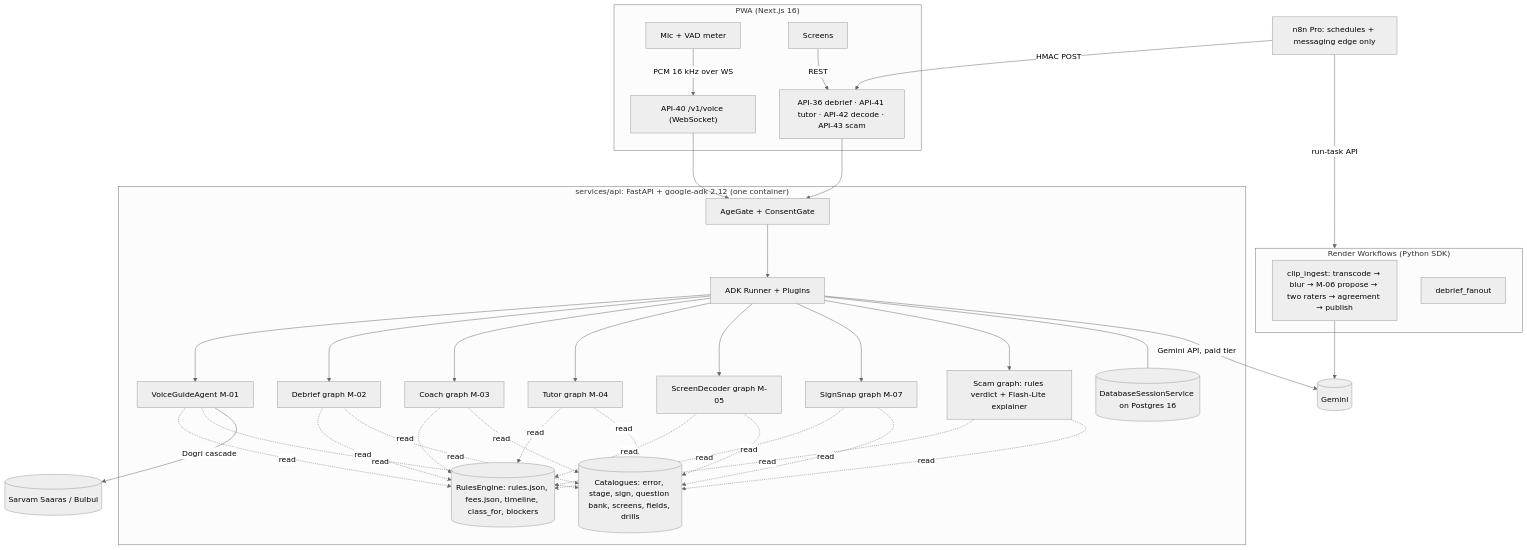
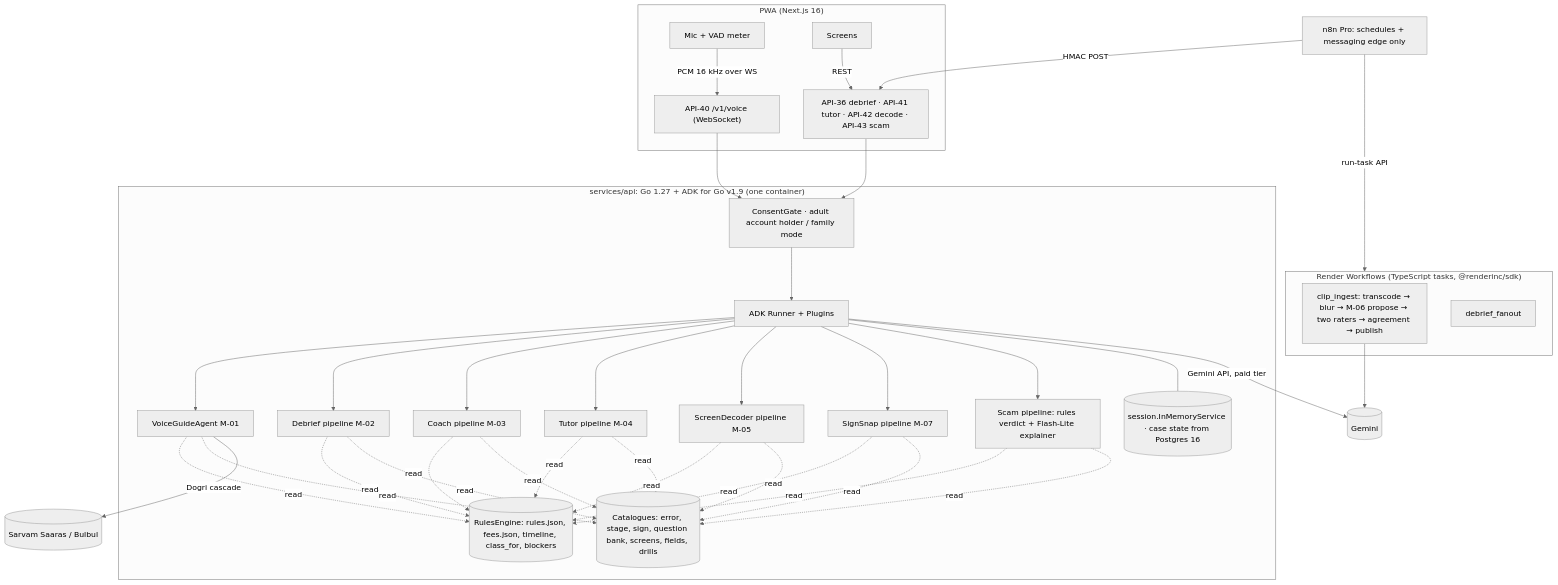
One commit to sruj08/margadarshak changed the first of 4 diagrams in docs/04-ai/AGENTS.md. Above: the diagram before and after it, drawn with Mermaid (neutral theme). The commit also changed other lines of this file and 1326 other files, not shown here.

````diff
--- a/docs/04-ai/AGENTS.md
+++ b/docs/04-ai/AGENTS.md
@@ -33,37 +36,37 @@
 ```mermaid
 flowchart TB
   subgraph Client["PWA (Next.js 16)"]
     MIC[Mic + VAD meter] -->|PCM 16 kHz over WS| WS
     UI[Screens] -->|REST| REST
   end
-  subgraph API["services/api: FastAPI + google-adk 2.12 (one container)"]
+  subgraph API["services/api: Go 1.27 + ADK for Go v1.9 (one container)"]
     WS["API-40 /v1/voice (WebSocket)"]
     REST["API-36 debrief · API-41 tutor · API-42 decode · API-43 scam"]
-    AG[AgeGate + ConsentGate]
+    AG[ConsentGate · adult account holder / family mode]
     WS --> AG
     REST --> AG
     AG --> RUN[ADK Runner + Plugins]
     RUN --> VG[VoiceGuideAgent M-01]
-    RUN --> DG[Debrief graph M-02]
-    RUN --> CG[Coach graph M-03]
-    RUN --> TG[Tutor graph M-04]
-    RUN --> SD[ScreenDecoder graph M-05]
-    RUN --> SS[SignSnap graph M-07]
-    RUN --> SC[Scam graph: rules verdict + Flash-Lite explainer]
+    RUN --> DG[Debrief pipeline M-02]
+    RUN --> CG[Coach pipeline M-03]
+    RUN --> TG[Tutor pipeline M-04]
+    RUN --> SD[ScreenDecoder pipeline M-05]
+    RUN --> SS[SignSnap pipeline M-07]
+    RUN --> SC[Scam pipeline: rules verdict + Flash-Lite explainer]
     RE[(RulesEngine: rules.json, fees.json, timeline, class_for, blockers)]
     CAT[(Catalogues: error, stage, sign, question bank, screens, fields, drills)]
     VG & DG & CG & TG & SD & SS & SC -.read.-> RE
     VG & DG & CG & TG & SD & SS & SC -.read.-> CAT
-    SESS[(DatabaseSessionService on Postgres 16)]
+    SESS[(session.InMemoryService · case state from Postgres 16)]
     RUN --- SESS
   end
-  subgraph Jobs["Render Workflows (Python SDK)"]
+  subgraph Jobs["Render Workflows (TypeScript tasks, @renderinc/sdk)"]
     CLIP[clip_ingest: transcode → blur → M-06 propose → two raters → agreement → publish]
     FAN[debrief_fanout]
   end
   N8N[n8n Pro: schedules + messaging edge only] -->|HMAC POST| REST
   N8N -->|run-task API| Jobs
   RUN -->|Gemini API, paid tier| GEM[(Gemini)]
   VG -->|Dogri cascade| SAR[(Sarvam Saaras / Bulbul)]
   CLIP --> GEM
 ```
````
